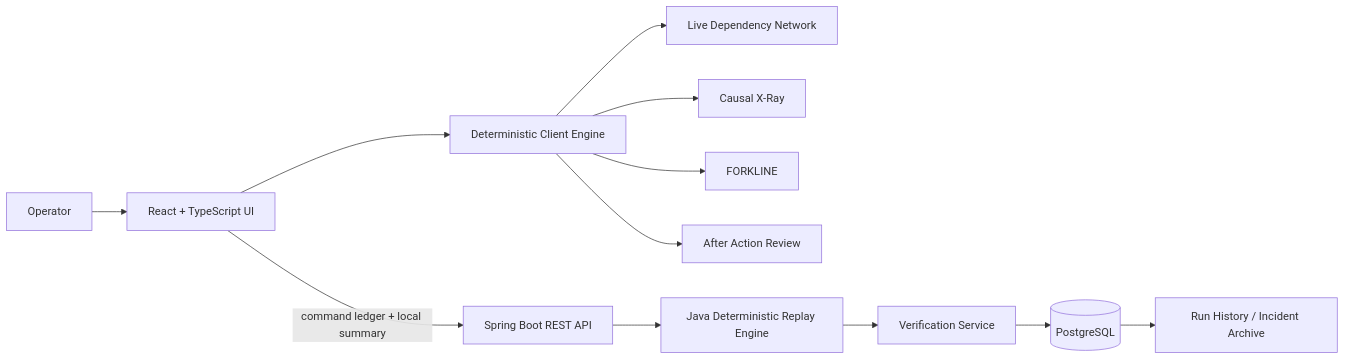
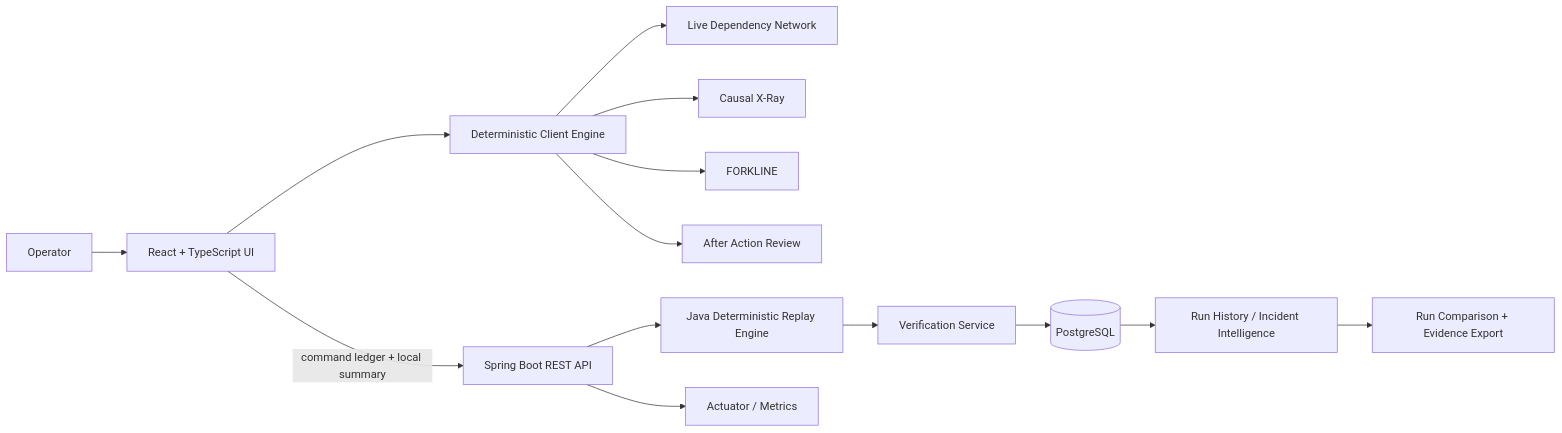
One commit to BackendArchitectX/CascadeTrace changed the diagram in README.md. Above: the diagram before and after it, drawn with Mermaid. The commit also changed other lines of this file, not shown here.

Commit message:
docs: document incident intelligence and hardened launcher

````diff
--- a/README.md
+++ b/README.md
@@ -58,14 +64,16 @@
 ```mermaid
 flowchart LR
     U[Operator] --> R[React + TypeScript UI]
     R --> E[Deterministic Client Engine]
     E --> N[Live Dependency Network]
     E --> C[Causal X-Ray]
     E --> F[FORKLINE]
     E --> A[After Action Review]
     R -->|command ledger + local summary| API[Spring Boot REST API]
     API --> J[Java Deterministic Replay Engine]
     J --> V[Verification Service]
     V --> P[(PostgreSQL)]
-    P --> H[Run History / Incident Archive]
+    P --> H[Run History / Incident Intelligence]
+    H --> X[Run Comparison + Evidence Export]
+    API --> M[Actuator / Metrics]
 ```
````
